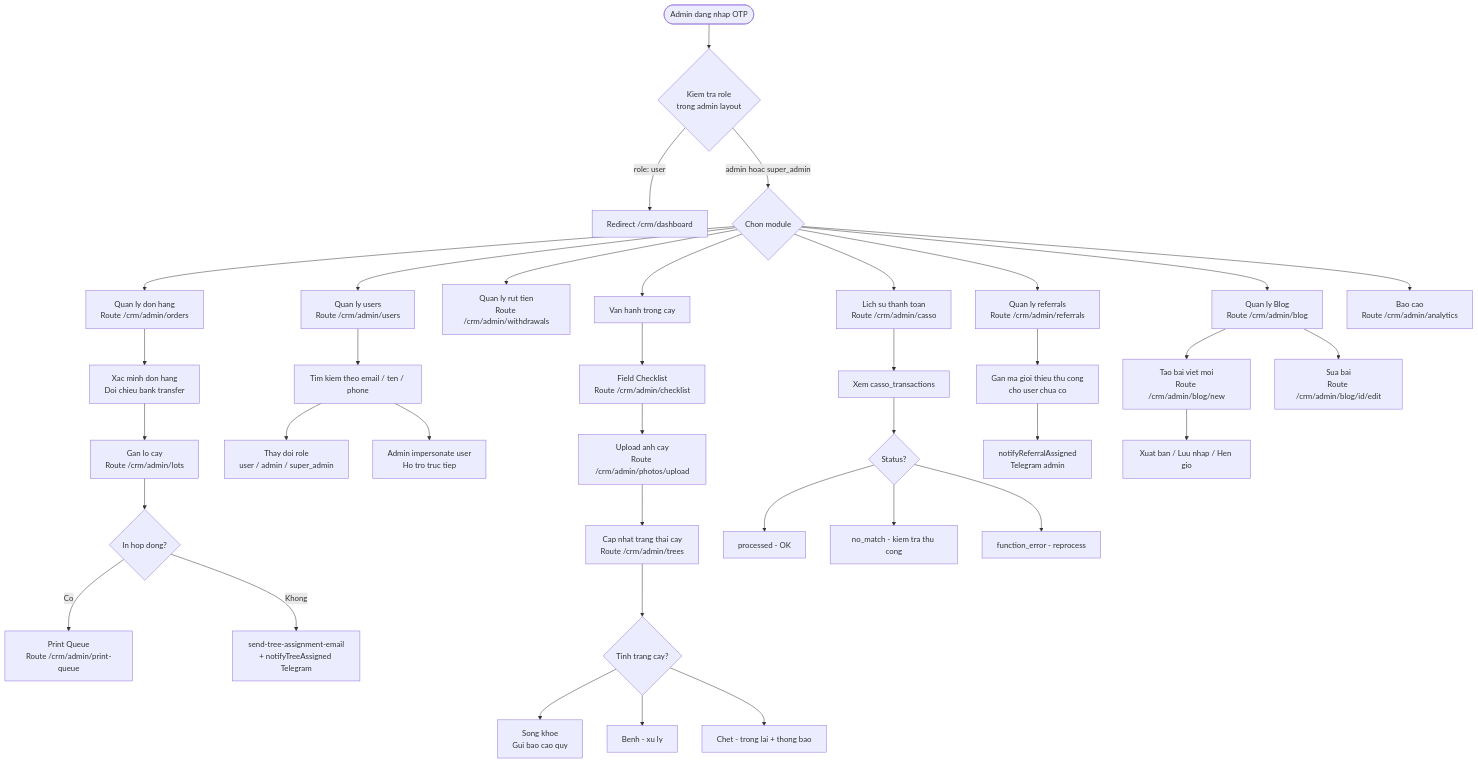
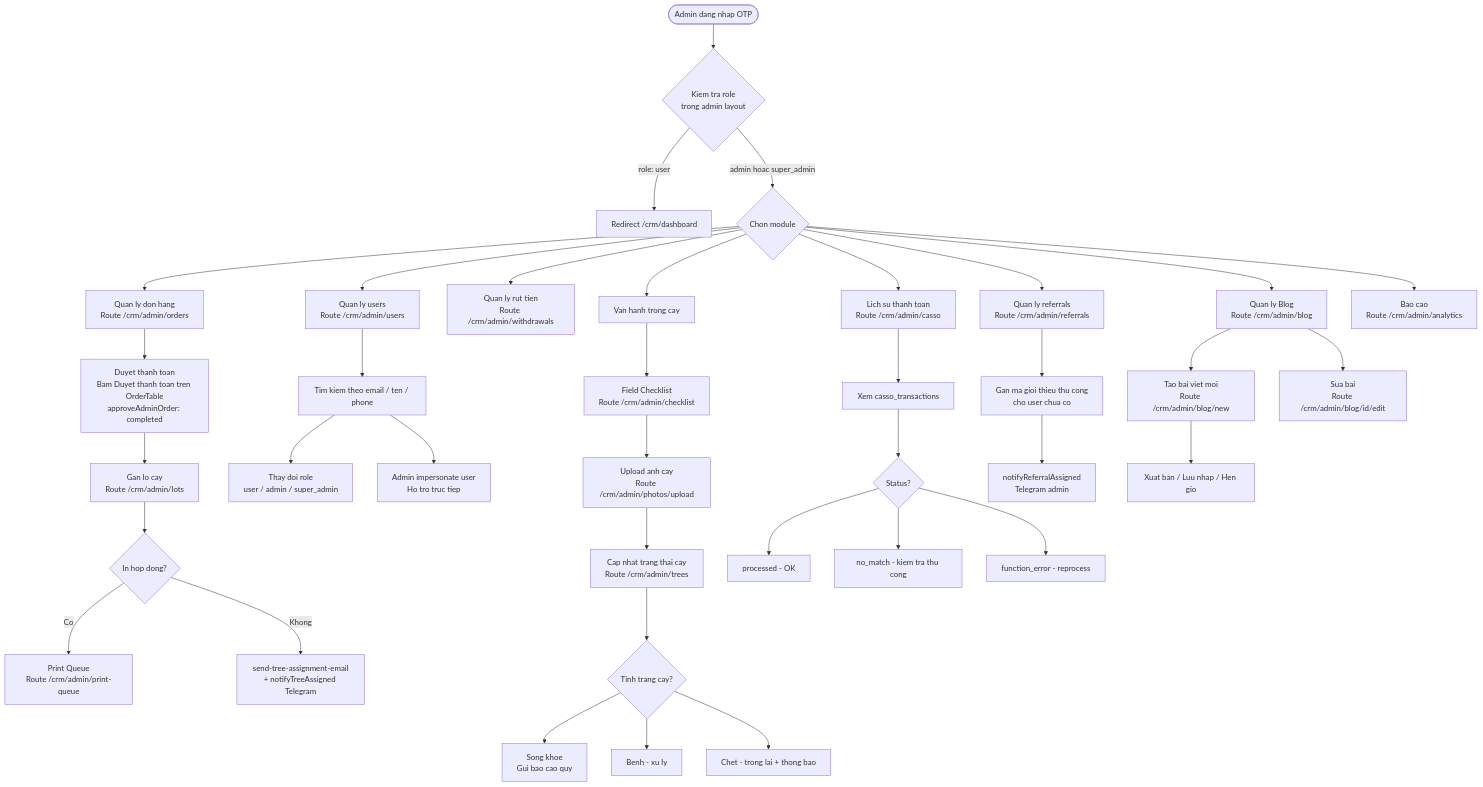
One commit to deptrai/dainganxanh changed the eighth of 10 diagrams in docs/userflow.md. Above: the diagram before and after it, drawn with Mermaid. The commit also changed other lines of this file and 247 other files, not shown here.

````diff
--- a/docs/userflow.md
+++ b/docs/userflow.md
@@ -261,46 +261,46 @@
 ```mermaid
 flowchart TD
     AdminLogin([Admin dang nhap OTP]) --> RoleCheck{Kiem tra role<br>trong admin layout}
     RoleCheck -->|role: user| Blocked[Redirect /crm/dashboard]
     RoleCheck -->|admin hoac super_admin| AdminHub{Chon module}
 
     AdminHub --> Orders[Quan ly don hang<br>Route /crm/admin/orders]
     AdminHub --> Users[Quan ly users<br>Route /crm/admin/users]
     AdminHub --> Withdrawals[Quan ly rut tien<br>Route /crm/admin/withdrawals]
     AdminHub --> PlantOps[Van hanh trong cay]
     AdminHub --> Casso[Lich su thanh toan<br>Route /crm/admin/casso]
     AdminHub --> Referrals[Quan ly referrals<br>Route /crm/admin/referrals]
     AdminHub --> Blog[Quan ly Blog<br>Route /crm/admin/blog]
     AdminHub --> Analytics[Bao cao<br>Route /crm/admin/analytics]
 
-    Orders --> VerifyOrder[Xac minh don hang<br>Doi chieu bank transfer]
-    VerifyOrder --> AssignLot[Gan lo cay<br>Route /crm/admin/lots]
+    Orders --> ApproveOrder[Duyet thanh toan<br>Bam Duyet thanh toan tren OrderTable<br>approveAdminOrder: completed]
+    ApproveOrder --> AssignLot[Gan lo cay<br>Route /crm/admin/lots]
     AssignLot --> PrintContract{In hop dong?}
     PrintContract -->|Co| PrintQueue[Print Queue<br>Route /crm/admin/print-queue]
     PrintContract -->|Khong| AutoEmail[send-tree-assignment-email<br>+ notifyTreeAssigned Telegram]
 
     Users --> SearchUser[Tim kiem theo email / ten / phone]
     SearchUser --> EditRole[Thay doi role<br>user / admin / super_admin]
     SearchUser --> Impersonate[Admin impersonate user<br>Ho tro truc tiep]
 
     PlantOps --> Checklist[Field Checklist<br>Route /crm/admin/checklist]
     Checklist --> UploadPhotos[Upload anh cay<br>Route /crm/admin/photos/upload]
     UploadPhotos --> UpdateTrees[Cap nhat trang thai cay<br>Route /crm/admin/trees]
     UpdateTrees --> HealthCheck{Tinh trang cay?}
     HealthCheck --> Healthy[Song khoe<br>Gui bao cao quy]
     HealthCheck --> Sick[Benh - xu ly]
     HealthCheck --> Dead[Chet - trong lai + thong bao]
 
     Casso --> ViewTx[Xem casso_transactions]
     ViewTx --> TxCheck{Status?}
     TxCheck --> Processed[processed - OK]
     TxCheck --> NoMatch[no_match - kiem tra thu cong]
     TxCheck --> FnError[function_error - reprocess]
 
     Referrals --> AssignRef[Gan ma gioi thieu thu cong<br>cho user chua co]
     AssignRef --> TelegramRef[notifyReferralAssigned<br>Telegram admin]
 
     Blog --> CreatePost[Tao bai viet moi<br>Route /crm/admin/blog/new]
     Blog --> EditPost[Sua bai<br>Route /crm/admin/blog/id/edit]
     CreatePost --> PublishPost[Xuat ban / Luu nhap / Hen gio]
 ```
````
